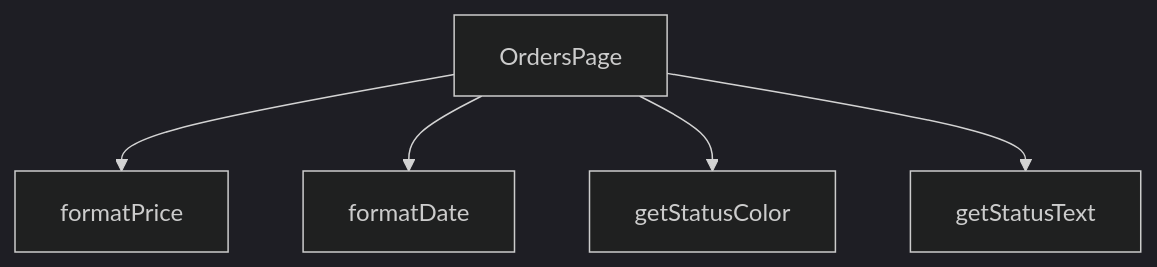
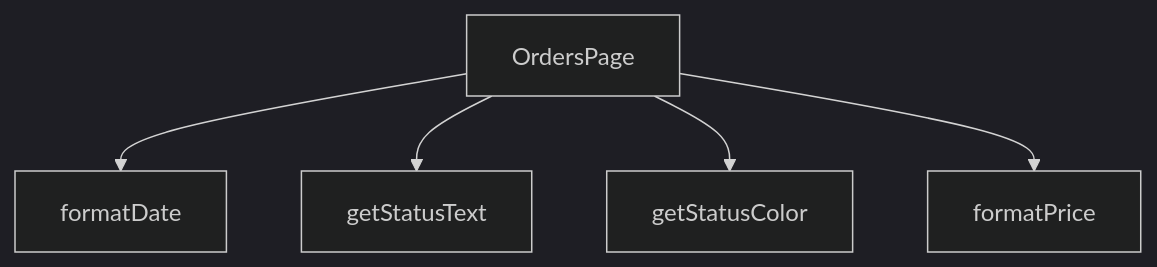
Before and after one commit to peckop/venthub-hvac-esite: the diagram in src/views/OrdersPage.md, drawn with Mermaid (dark theme). The commit also changed other lines of this file and 113 other files, not shown here.

````diff
--- a/src/views/OrdersPage.md
+++ b/src/views/OrdersPage.md
@@ -255,12 +209,12 @@
 ```mermaid
 graph TD
     OrdersPage_tsx__OrdersPage["OrdersPage"]
     OrdersPage_tsx__formatDate["formatDate"]
     OrdersPage_tsx__formatPrice["formatPrice"]
     OrdersPage_tsx__getStatusColor["getStatusColor"]
     OrdersPage_tsx__getStatusText["getStatusText"]
+    OrdersPage_tsx__OrdersPage --> OrdersPage_tsx__formatDate
+    OrdersPage_tsx__OrdersPage --> OrdersPage_tsx__getStatusText
+    OrdersPage_tsx__OrdersPage --> OrdersPage_tsx__getStatusColor
     OrdersPage_tsx__OrdersPage --> OrdersPage_tsx__formatPrice
-    OrdersPage_tsx__OrdersPage --> OrdersPage_tsx__formatDate
-    OrdersPage_tsx__OrdersPage --> OrdersPage_tsx__getStatusColor
-    OrdersPage_tsx__OrdersPage --> OrdersPage_tsx__getStatusText
 ```
````
